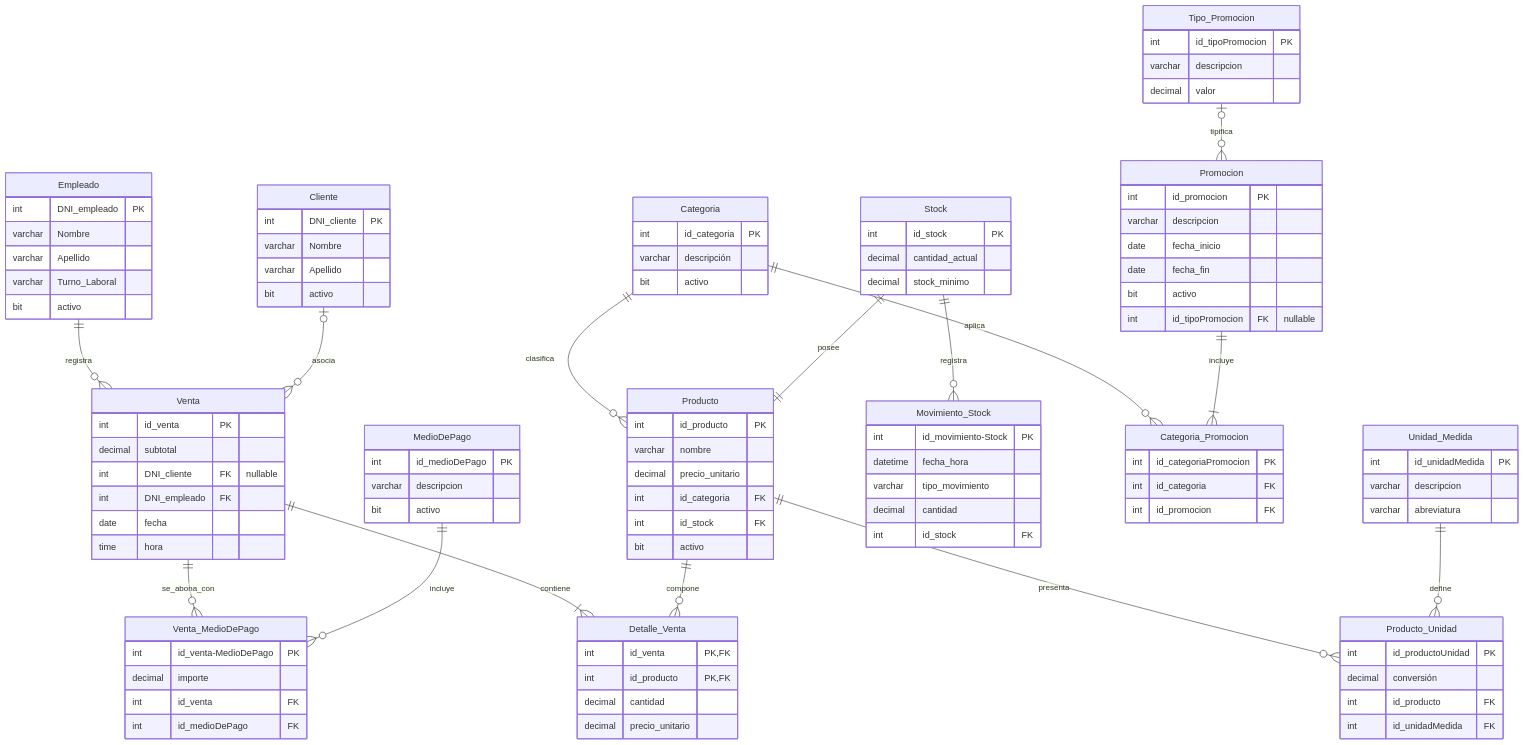
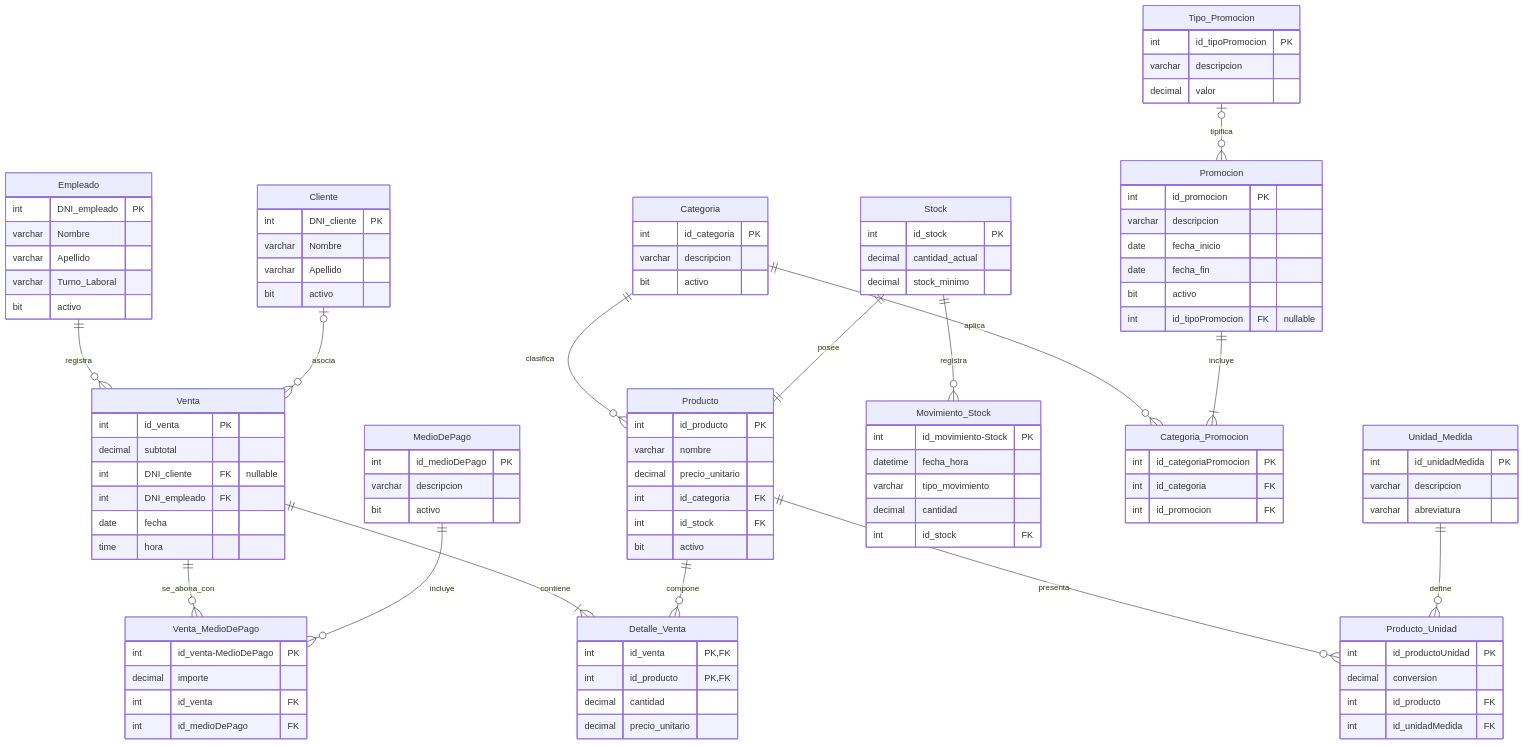
The second of 3 diagrams in README.md (sofinazaret6-gif/proyecto-bd1-equipo-29), drawn with Mermaid before and after one commit. The commit also changed other lines of this file and 1 other file, not shown here.

```diff
--- a/README.md
+++ b/README.md
@@ -276,7 +286,7 @@
 
     Categoria {
         int id_categoria PK
-        varchar descripción
+        varchar descripcion
         bit activo
     }
 
@@ -296,7 +306,7 @@
 
     Producto_Unidad {
         int id_productoUnidad PK
-        decimal conversión
+        decimal conversion
         int id_producto FK
         int id_unidadMedida FK
     }
```
